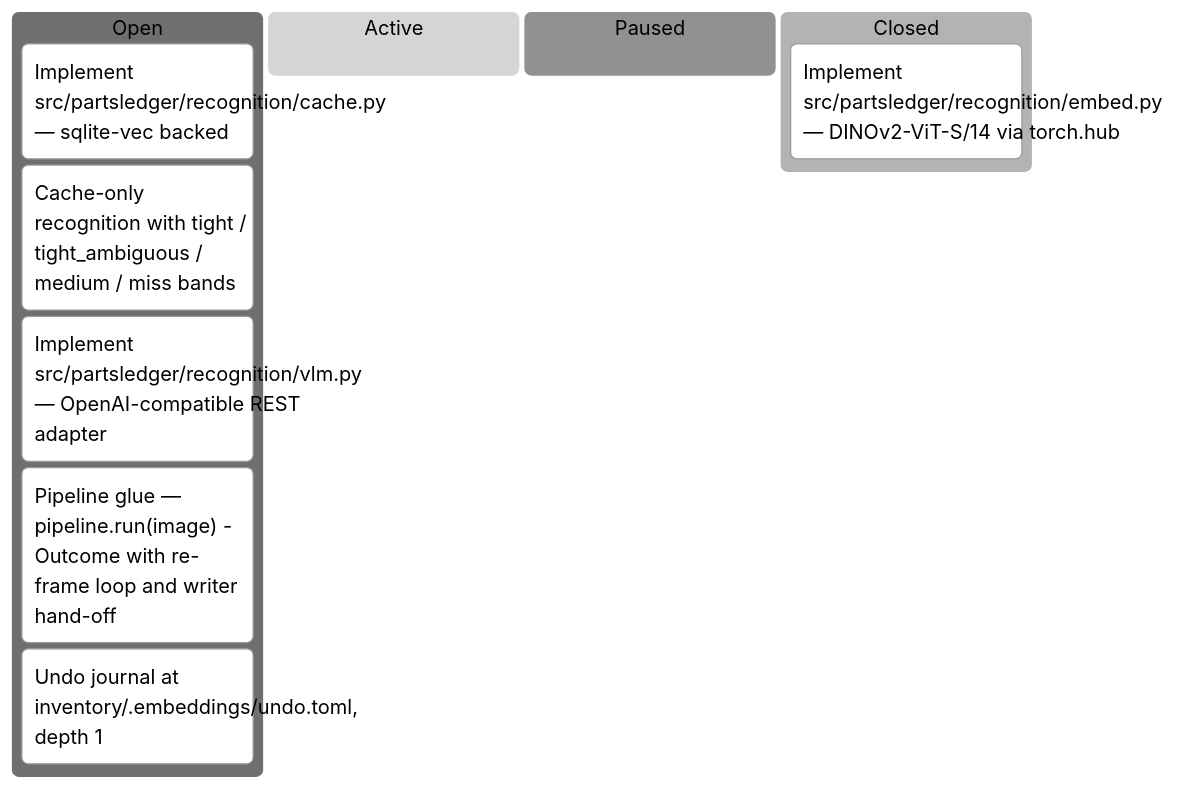
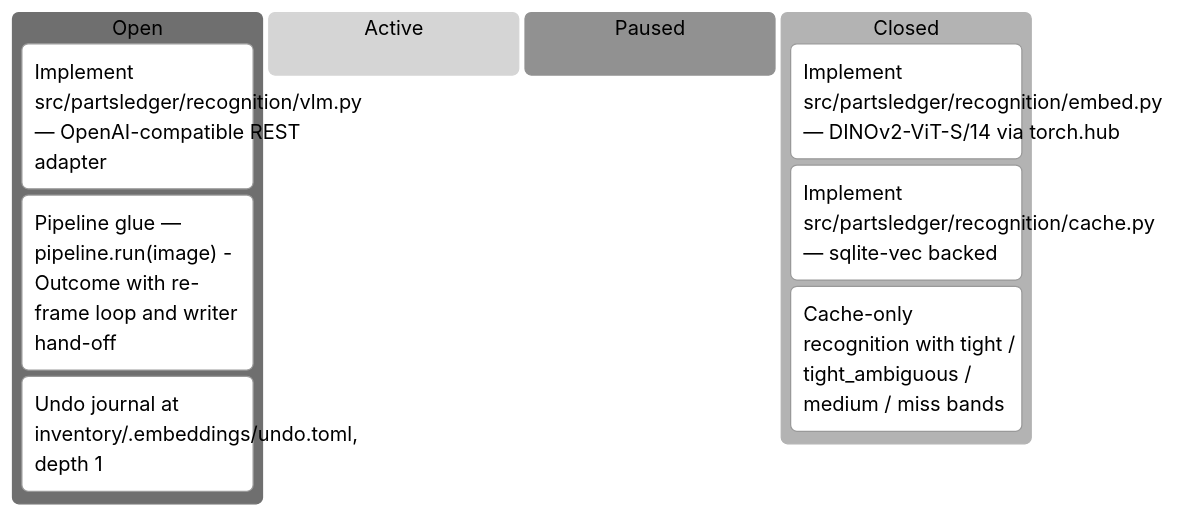
Before and after one commit to tgd1975/PartsLedger: the seventh of 7 diagrams in docs/developers/tasks/KANBAN.md, drawn with Mermaid (neutral theme). The commit also changed other lines of this file and 11 other files, not shown here.

First line of the commit message:
recognition: embedding cache + banded classify (TASK-040, TASK-041)

````diff
--- a/docs/developers/tasks/KANBAN.md
+++ b/docs/developers/tasks/KANBAN.md
@@ -112,13 +112,13 @@
 ```mermaid
 kanban
   Open
-    TASK_040["Implement src/partsledger/recognition/cache.py — sqlite-vec backed"]
-    TASK_041["Cache-only recognition with tight / tight_ambiguous / medium / miss bands"]
     TASK_042["Implement src/partsledger/recognition/vlm.py — OpenAI-compatible REST adapter"]
     TASK_043["Pipeline glue — pipeline.run(image) - Outcome with re-frame loop and writer hand-off"]
     TASK_044["Undo journal at inventory/.embeddings/undo.toml, depth 1"]
   Active
   Paused
   Closed
     TASK_039["Implement src/partsledger/recognition/embed.py — DINOv2-ViT-S/14 via torch.hub"]
+    TASK_040["Implement src/partsledger/recognition/cache.py — sqlite-vec backed"]
+    TASK_041["Cache-only recognition with tight / tight_ambiguous / medium / miss bands"]
 ```
````
